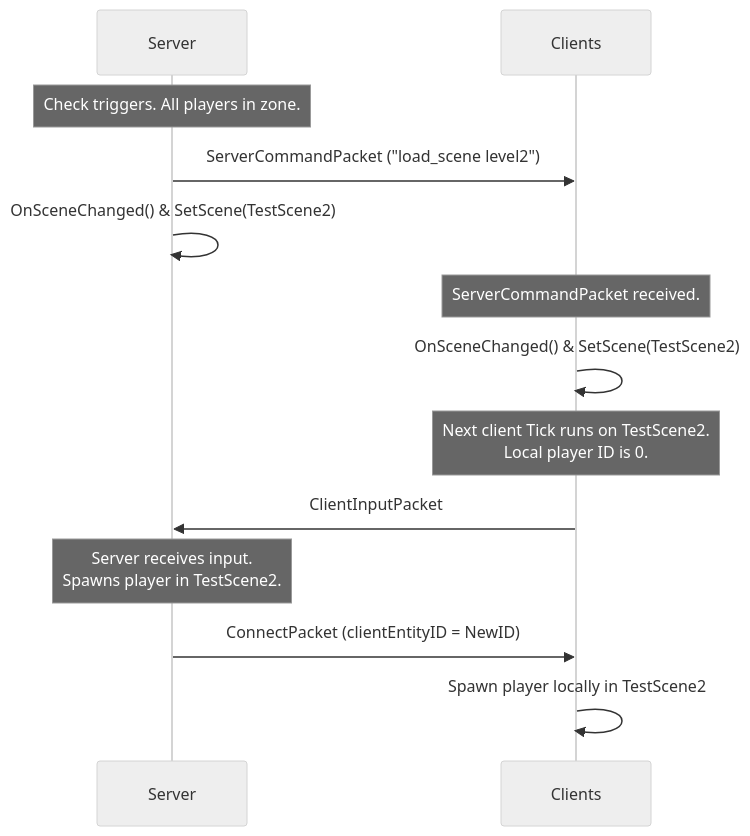
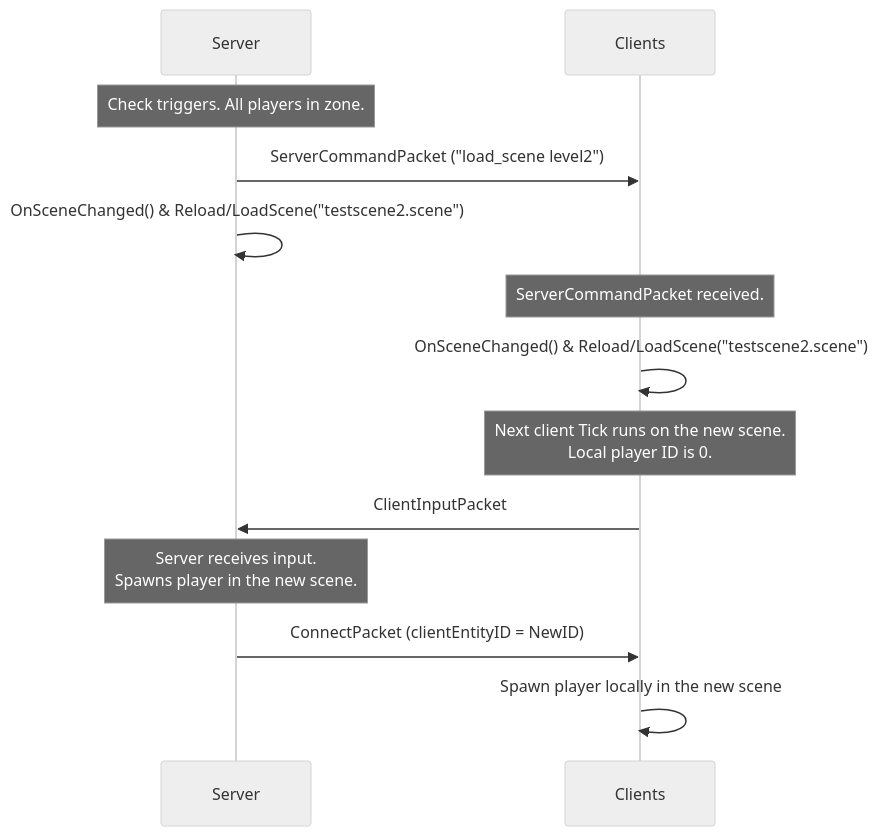
The diagram in documentation/multiplayer/architecture_physics_scenes.md (TregGG/ShawntyEngine), drawn with Mermaid (neutral theme) before and after one commit. The commit also changed other lines of this file and 5 other files, not shown here.

````diff
--- a/documentation/multiplayer/architecture_physics_scenes.md
+++ b/documentation/multiplayer/architecture_physics_scenes.md
@@ -113,15 +113,15 @@
 ```mermaid
 sequenceDiagram
     participant Server
     participant Clients
     Note over Server: Check triggers. All players in zone.
     Server->>Clients: ServerCommandPacket ("load_scene level2")
-    Server->>Server: OnSceneChanged() & SetScene(TestScene2)
+    Server->>Server: OnSceneChanged() & Reload/LoadScene("testscene2.scene")
     Note over Clients: ServerCommandPacket received.
-    Clients->>Clients: OnSceneChanged() & SetScene(TestScene2)
-    Note over Clients: Next client Tick runs on TestScene2.<br/>Local player ID is 0.
+    Clients->>Clients: OnSceneChanged() & Reload/LoadScene("testscene2.scene")
+    Note over Clients: Next client Tick runs on the new scene.<br/>Local player ID is 0.
     Clients->>Server: ClientInputPacket
-    Note over Server: Server receives input.<br/>Spawns player in TestScene2.
+    Note over Server: Server receives input.<br/>Spawns player in the new scene.
     Server->>Clients: ConnectPacket (clientEntityID = NewID)
-    Clients->>Clients: Spawn player locally in TestScene2
+    Clients->>Clients: Spawn player locally in the new scene
 ```
````
